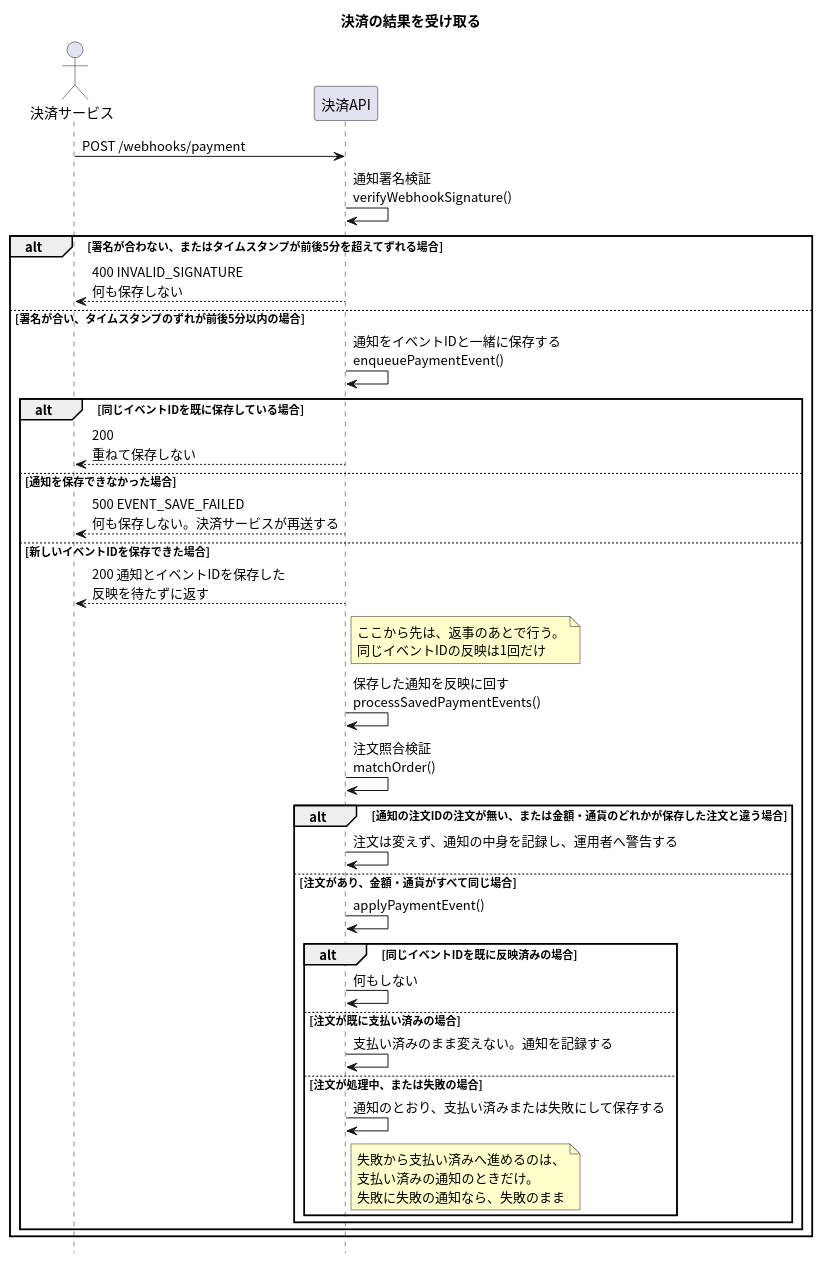
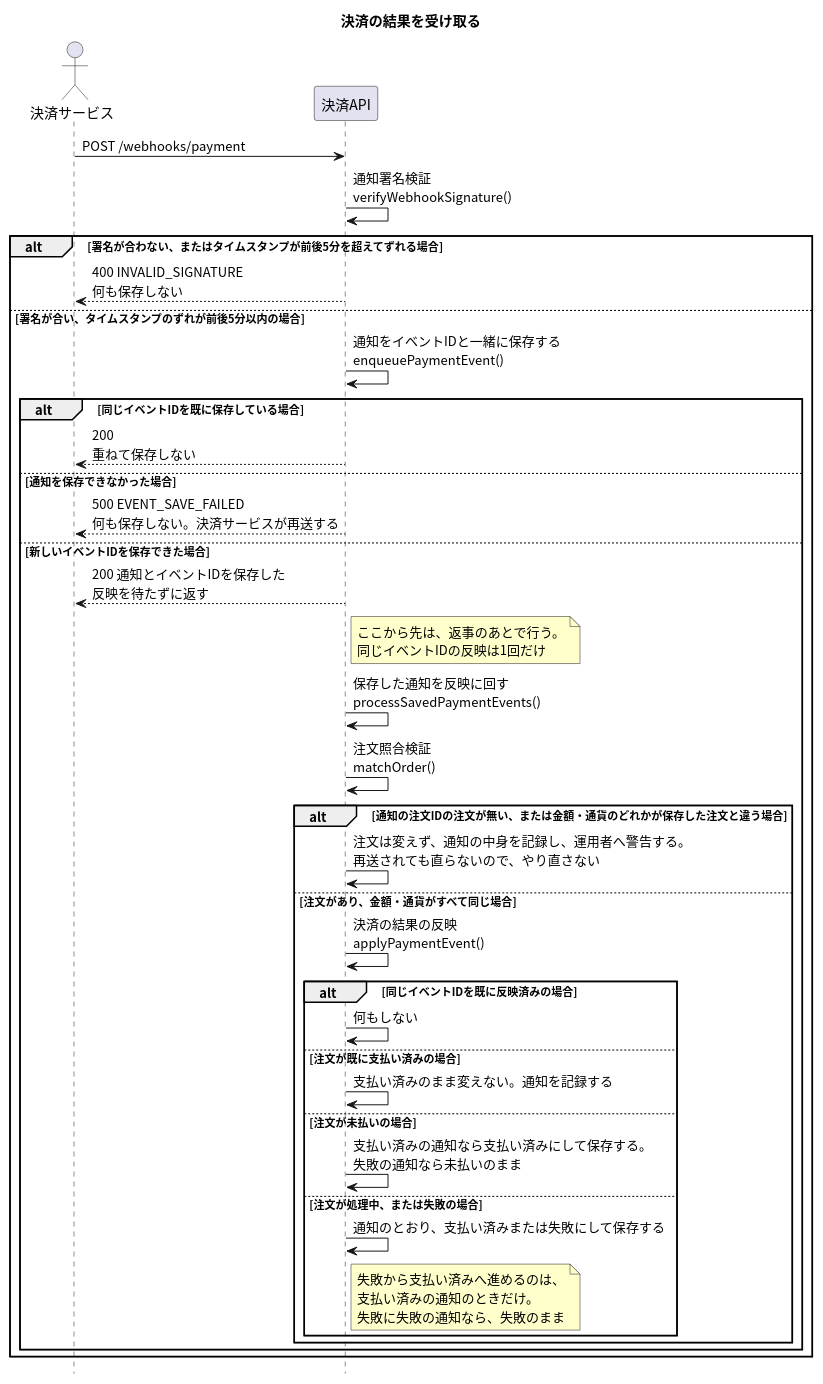
One commit to masamasamasato/design-doc-template changed the diagram in apis/payment-webhook/入口.puml. Above: the diagram before and after it, drawn with PlantUML. The commit also changed 34 other files, not shown here.

```diff
--- a/apis/payment-webhook/入口.puml
+++ b/apis/payment-webhook/入口.puml
@@ -1,43 +1,45 @@
 @startuml
 skinparam shadowing false
 skinparam defaultFontName "Noto Sans CJK JP"
 skinparam SequenceFontName "Noto Sans CJK JP"
 skinparam NoteBackgroundColor #FFFFCC
 hide footbox
 
 title 決済の結果を受け取る
 
 actor "決済サービス" as PSP
 participant "決済API" as API
 
 PSP -> API : POST /webhooks/payment
 API -> API : 通知署名検証\nverifyWebhookSignature()
 alt 署名が合わない、またはタイムスタンプが前後5分を超えてずれる場合
   API --> PSP : 400 INVALID_SIGNATURE\n何も保存しない
 else 署名が合い、タイムスタンプのずれが前後5分以内の場合
   API -> API : 通知をイベントIDと一緒に保存する\nenqueuePaymentEvent()
   alt 同じイベントIDを既に保存している場合
     API --> PSP : 200\n重ねて保存しない
   else 通知を保存できなかった場合
     API --> PSP : 500 EVENT_SAVE_FAILED\n何も保存しない。決済サービスが再送する
   else 新しいイベントIDを保存できた場合
     API --> PSP : 200 通知とイベントIDを保存した\n反映を待たずに返す
     note right of API : ここから先は、返事のあとで行う。\n同じイベントIDの反映は1回だけ
     API -> API : 保存した通知を反映に回す\nprocessSavedPaymentEvents()
     API -> API : 注文照合検証\nmatchOrder()
     alt 通知の注文IDの注文が無い、または金額・通貨のどれかが保存した注文と違う場合
-      API -> API : 注文は変えず、通知の中身を記録し、運用者へ警告する
+      API -> API : 注文は変えず、通知の中身を記録し、運用者へ警告する。\n再送されても直らないので、やり直さない
     else 注文があり、金額・通貨がすべて同じ場合
-      API -> API : applyPaymentEvent()
+      API -> API : 決済の結果の反映\napplyPaymentEvent()
       alt 同じイベントIDを既に反映済みの場合
         API -> API : 何もしない
       else 注文が既に支払い済みの場合
         API -> API : 支払い済みのまま変えない。通知を記録する
+      else 注文が未払いの場合
+        API -> API : 支払い済みの通知なら支払い済みにして保存する。\n失敗の通知なら未払いのまま
       else 注文が処理中、または失敗の場合
         API -> API : 通知のとおり、支払い済みまたは失敗にして保存する
         note right of API : 失敗から支払い済みへ進めるのは、\n支払い済みの通知のときだけ。\n失敗に失敗の通知なら、失敗のまま
       end
     end
   end
 end
 @enduml
```
